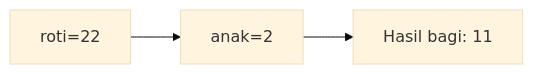
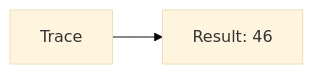
The ninth of 25 diagrams in part-c-pemahaman-cpp/01-tipe-data/latihan/set-08.md (amnahwaida/OSNK_INF_PREP), drawn with Mermaid (base theme) before and after one commit. The commit also changed other lines of this file and 71 other files, not shown here.

````diff
--- a/part-c-pemahaman-cpp/01-tipe-data/latihan/set-08.md
+++ b/part-c-pemahaman-cpp/01-tipe-data/latihan/set-08.md
@@ -192,5 +190,4 @@
 ```mermaid
 graph LR
-A["roti=22"] --> B["anak=2"]
-B --> C["Hasil bagi: 11"]
+A[Trace] --> B[Result: 46]
 ```
````
